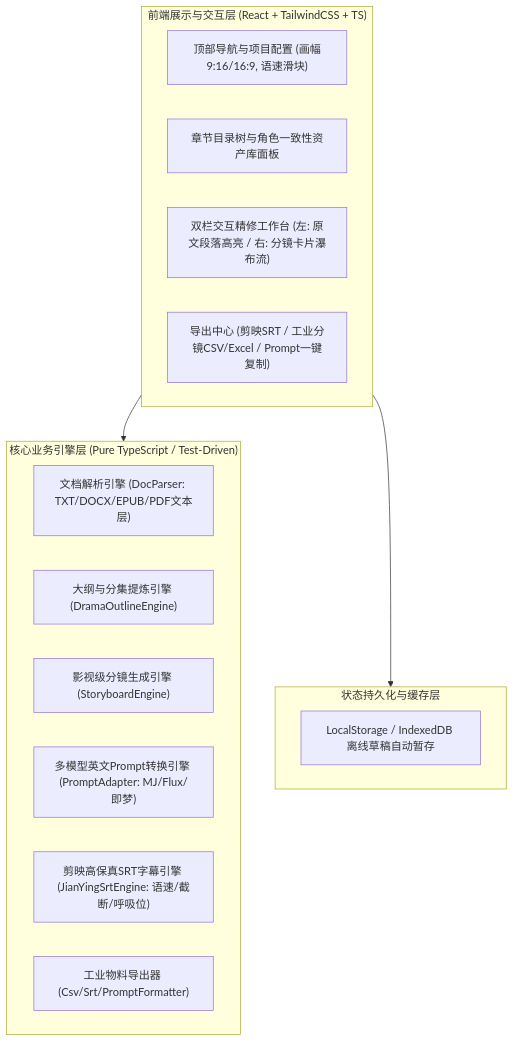
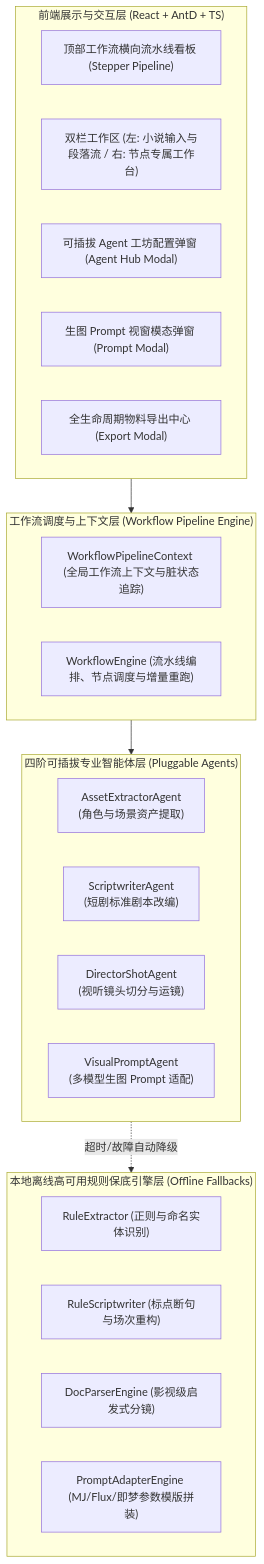
One commit to amyzhou6667/wy-work-record changed the diagram in projects/AI-StoryBoard-Studio/docs/trd/TRD-AI-StoryBoard-Studio.md. Above: the diagram before and after it, drawn with Mermaid. The commit also changed other lines of this file and 12 other files, not shown here.

````diff
--- a/projects/AI-StoryBoard-Studio/docs/trd/TRD-AI-StoryBoard-Studio.md
+++ b/projects/AI-StoryBoard-Studio/docs/trd/TRD-AI-StoryBoard-Studio.md
@@ -24,25 +28,33 @@
 ```mermaid
 flowchart TD
-    subgraph UI_Layer ["前端展示与交互层 (React + TailwindCSS + TS)"]
-        Nav["顶部导航与项目配置 (画幅9:16/16:9, 语速滑块)"]
-        Sidebar["章节目录树与角色一致性资产库面板"]
-        Workspace["双栏交互精修工作台 (左: 原文段落高亮 / 右: 分镜卡片瀑布流)"]
-        ExportModal["导出中心 (剪映SRT / 工业分镜CSV/Excel / Prompt一键复制)"]
+    subgraph UI_Layer ["前端展示与交互层 (React + AntD + TS)"]
+        Stepper["顶部工作流横向流水线看板 (Stepper Pipeline)"]
+        DoubleCol["双栏工作区 (左: 小说输入与段落流 / 右: 节点专属工作台)"]
+        AgentHub["可插拔 Agent 工坊配置弹窗 (Agent Hub Modal)"]
+        PromptModal["生图 Prompt 视窗模态弹窗 (Prompt Modal)"]
+        ExportModal["全生命周期物料导出中心 (Export Modal)"]
     end
 
-    subgraph Core_Engine ["核心业务引擎层 (Pure TypeScript / Test-Driven)"]
-        DocEngine["文档解析引擎 (DocParser: TXT/DOCX/EPUB/PDF文本层)"]
-        OutlineEngine["大纲与分集提炼引擎 (DramaOutlineEngine)"]
-        StoryboardEngine["影视级分镜生成引擎 (StoryboardEngine)"]
-        PromptEngine["多模型英文Prompt转换引擎 (PromptAdapter: MJ/Flux/即梦)"]
-        SrtEngine["剪映高保真SRT字幕引擎 (JianYingSrtEngine: 语速/截断/呼吸位)"]
-        ExportFormatter["工业物料导出器 (Csv/Srt/PromptFormatter)"]
+    subgraph Workflow_Core ["工作流调度与上下文层 (Workflow Pipeline Engine)"]
+        Context["WorkflowPipelineContext (全局工作流上下文与脏状态追踪)"]
+        Engine["WorkflowEngine (流水线编排、节点调度与增量重跑)"]
     end
 
-    subgraph State_Persistence ["状态持久化与缓存层"]
-        Storage["LocalStorage / IndexedDB 离线草稿自动暂存"]
+    subgraph Agents_Layer ["四阶可插拔专业智能体层 (Pluggable Agents)"]
+        A1["AssetExtractorAgent<br/>(角色与场景资产提取)"]
+        A2["ScriptwriterAgent<br/>(短剧标准剧本改编)"]
+        A3["DirectorShotAgent<br/>(视听镜头切分与运镜)"]
+        A4["VisualPromptAgent<br/>(多模型生图 Prompt 适配)"]
     end
 
-    UI_Layer --> Core_Engine
-    UI_Layer --> State_Persistence
+    subgraph Fallback_Engines ["本地离线高可用规则保底引擎层 (Offline Fallbacks)"]
+        F1["RuleExtractor (正则与命名实体识别)"]
+        F2["RuleScriptwriter (标点断句与场次重构)"]
+        F3["DocParserEngine (影视级启发式分镜)"]
+        F4["PromptAdapterEngine (MJ/Flux/即梦参数模版拼装)"]
+    end
+
+    UI_Layer --> Workflow_Core
+    Workflow_Core --> Agents_Layer
+    Agents_Layer -.->|超时/故障自动降级| Fallback_Engines
 ```
````
